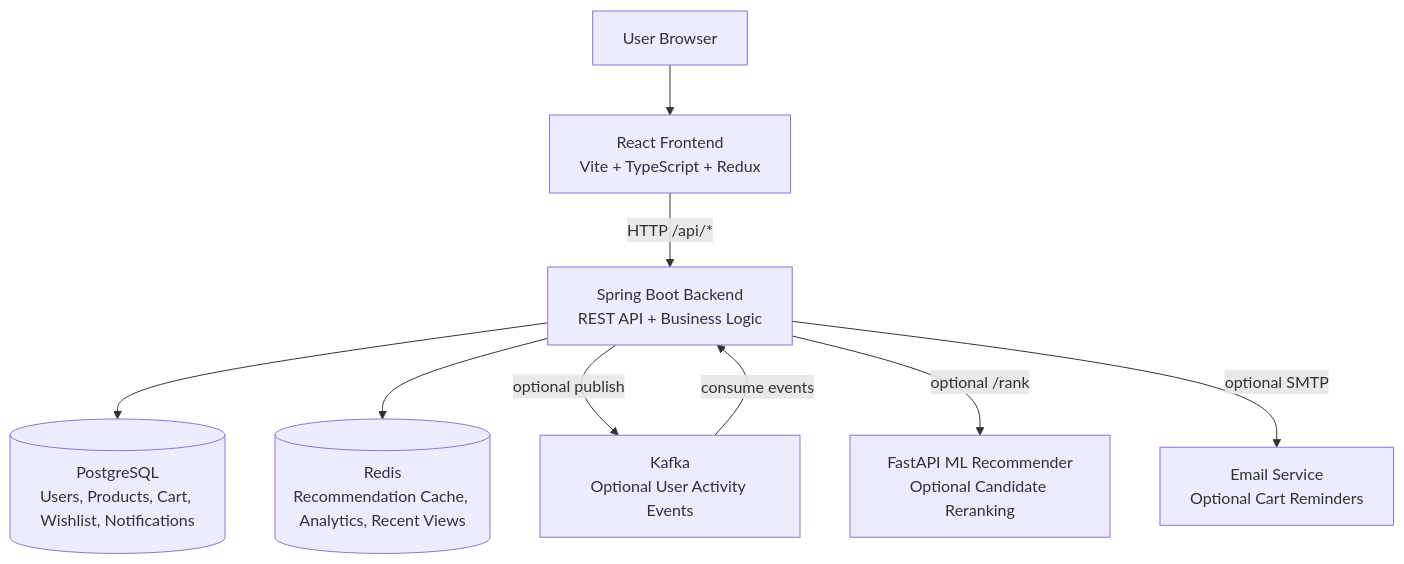
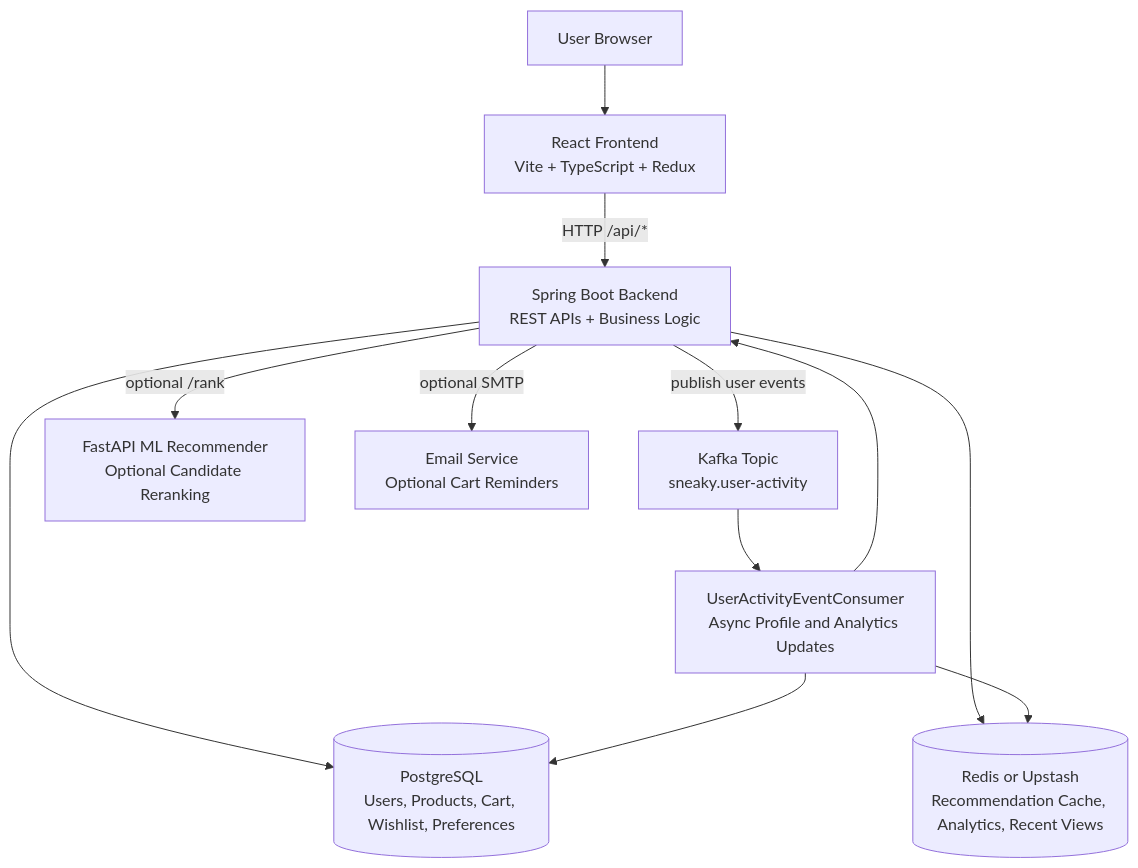
One commit to BINIT-Nayak/Sneaky changed the first of 11 diagrams in docs/hld-lld-diagrams.md. Above: the diagram before and after it, drawn with Mermaid. The commit also changed other lines of this file and 2 other files, not shown here.

````diff
--- a/docs/hld-lld-diagrams.md
+++ b/docs/hld-lld-diagrams.md
@@ -5,20 +15,24 @@
 ```mermaid
 flowchart TD
     user[User Browser]
     frontend[React Frontend<br/>Vite + TypeScript + Redux]
-    backend[Spring Boot Backend<br/>REST API + Business Logic]
-    postgres[(PostgreSQL<br/>Users, Products, Cart, Wishlist, Notifications)]
-    redis[(Redis<br/>Recommendation Cache, Analytics, Recent Views)]
-    kafka[Kafka<br/>Optional User Activity Events]
+    backend[Spring Boot Backend<br/>REST APIs + Business Logic]
+    postgres[(PostgreSQL<br/>Users, Products, Cart, Wishlist, Preferences)]
+    redis[(Redis or Upstash<br/>Recommendation Cache, Analytics, Recent Views)]
+    kafka[Kafka Topic<br/>sneaky.user-activity]
+    consumer[UserActivityEventConsumer<br/>Async Profile and Analytics Updates]
     recommender[FastAPI ML Recommender<br/>Optional Candidate Reranking]
     email[Email Service<br/>Optional Cart Reminders]
 
     user --> frontend
     frontend -->|HTTP /api/*| backend
     backend --> postgres
     backend --> redis
-    backend -->|optional publish| kafka
-    kafka -->|consume events| backend
+    backend -->|publish user events| kafka
+    kafka --> consumer
+    consumer --> postgres
+    consumer --> redis
+    consumer --> backend
     backend -->|optional /rank| recommender
     backend -->|optional SMTP| email
 ```
````
